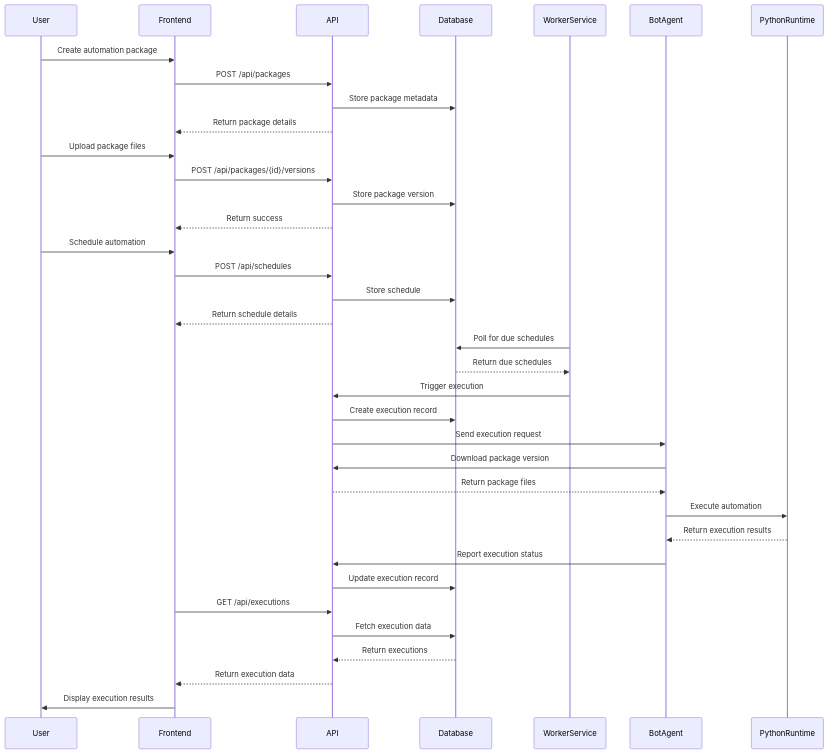
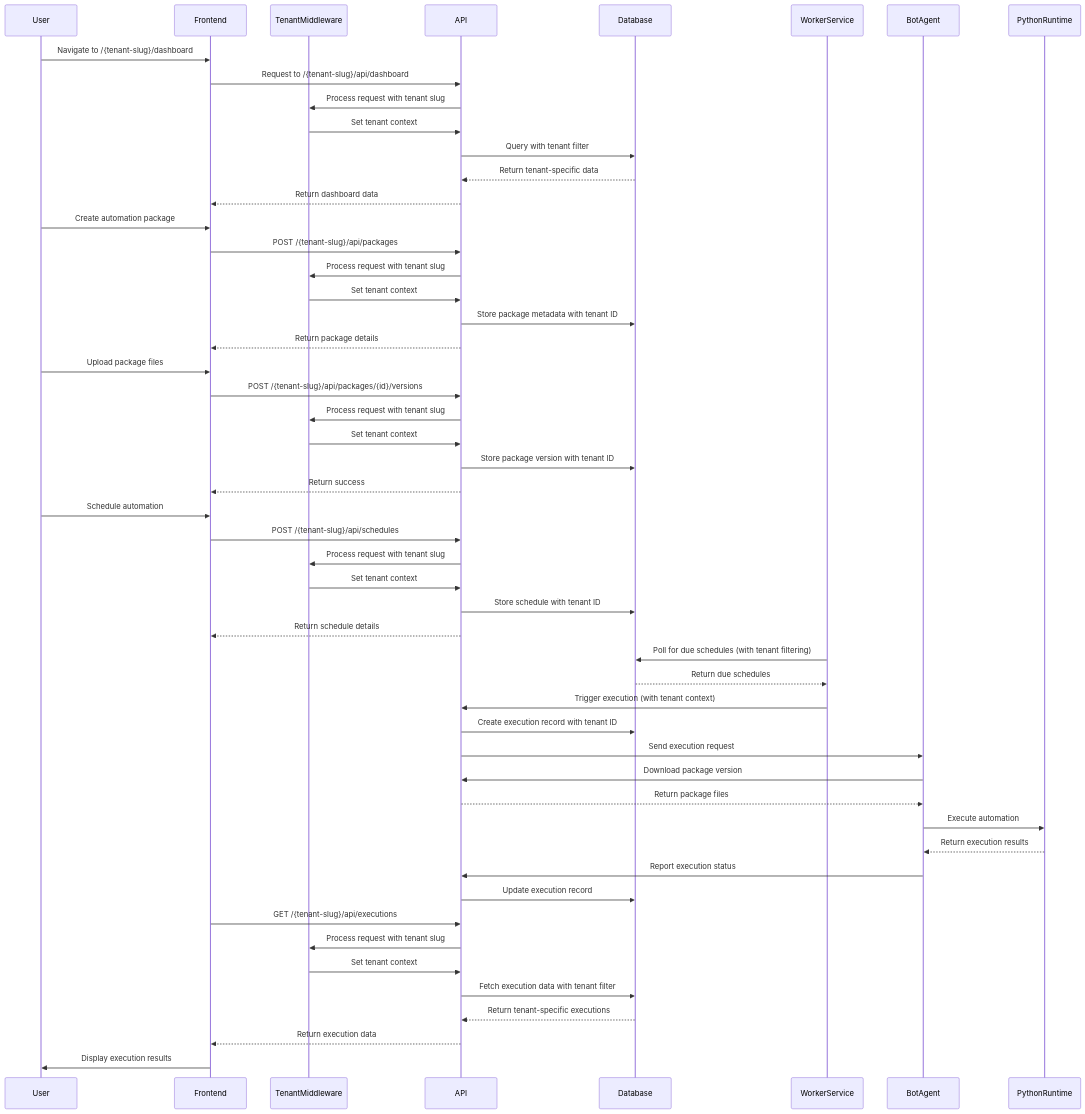
One commit to OpenAutomateOrg/OpenAutomate.Docs changed the third of 3 diagrams in TechnicalDesignDocument.md. Above: the diagram before and after it, drawn with Mermaid. The commit also changed other lines of this file, not shown here.

````diff
--- a/TechnicalDesignDocument.md
+++ b/TechnicalDesignDocument.md
@@ -191,44 +277,61 @@
 ```mermaid
 sequenceDiagram
     participant User
     participant Frontend
+    participant TenantMiddleware
     participant API
     participant Database
     participant WorkerService
     participant BotAgent
     participant PythonRuntime
     
+    User->>Frontend: Navigate to /{tenant-slug}/dashboard
+    Frontend->>API: Request to /{tenant-slug}/api/dashboard
+    API->>TenantMiddleware: Process request with tenant slug
+    TenantMiddleware->>API: Set tenant context
+    API->>Database: Query with tenant filter
+    Database-->>API: Return tenant-specific data
+    API-->>Frontend: Return dashboard data
+    
     User->>Frontend: Create automation package
-    Frontend->>API: POST /api/packages
-    API->>Database: Store package metadata
+    Frontend->>API: POST /{tenant-slug}/api/packages
+    API->>TenantMiddleware: Process request with tenant slug
+    TenantMiddleware->>API: Set tenant context
+    API->>Database: Store package metadata with tenant ID
     API-->>Frontend: Return package details
     
     User->>Frontend: Upload package files
-    Frontend->>API: POST /api/packages/{id}/versions
-    API->>Database: Store package version
+    Frontend->>API: POST /{tenant-slug}/api/packages/{id}/versions
+    API->>TenantMiddleware: Process request with tenant slug
+    TenantMiddleware->>API: Set tenant context
+    API->>Database: Store package version with tenant ID
     API-->>Frontend: Return success
     
     User->>Frontend: Schedule automation
-    Frontend->>API: POST /api/schedules
-    API->>Database: Store schedule
+    Frontend->>API: POST /{tenant-slug}/api/schedules
+    API->>TenantMiddleware: Process request with tenant slug
+    TenantMiddleware->>API: Set tenant context
+    API->>Database: Store schedule with tenant ID
     API-->>Frontend: Return schedule details
     
-    WorkerService->>Database: Poll for due schedules
+    WorkerService->>Database: Poll for due schedules (with tenant filtering)
     Database-->>WorkerService: Return due schedules
-    WorkerService->>API: Trigger execution
-    API->>Database: Create execution record
+    WorkerService->>API: Trigger execution (with tenant context)
+    API->>Database: Create execution record with tenant ID
     API->>BotAgent: Send execution request
     BotAgent->>API: Download package version
     API-->>BotAgent: Return package files
     
     BotAgent->>PythonRuntime: Execute automation
     PythonRuntime-->>BotAgent: Return execution results
     BotAgent->>API: Report execution status
     API->>Database: Update execution record
     
-    Frontend->>API: GET /api/executions
-    API->>Database: Fetch execution data
-    Database-->>API: Return executions
+    Frontend->>API: GET /{tenant-slug}/api/executions
+    API->>TenantMiddleware: Process request with tenant slug
+    TenantMiddleware->>API: Set tenant context
+    API->>Database: Fetch execution data with tenant filter
+    Database-->>API: Return tenant-specific executions
     API-->>Frontend: Return execution data
     Frontend->>User: Display execution results
 ```
````
